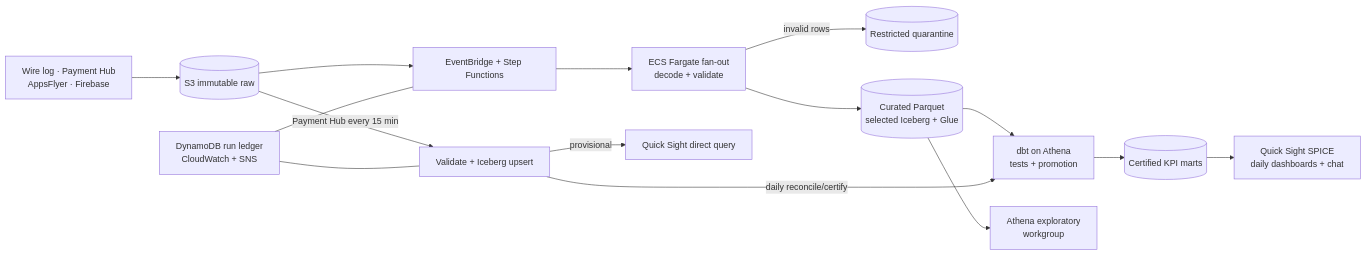
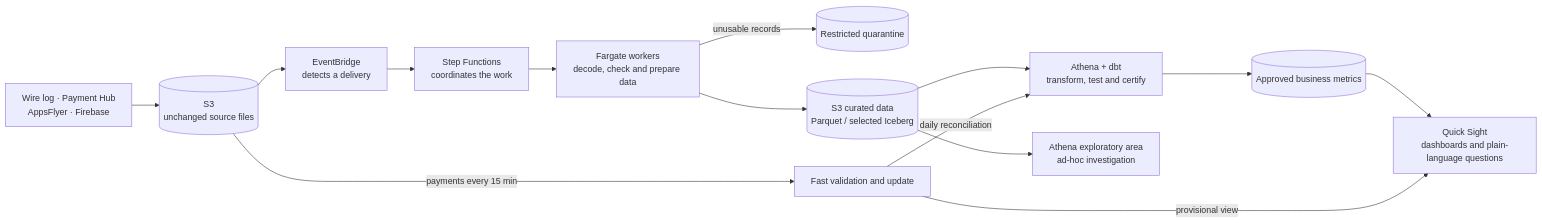
One commit to ouverz/game_analytics changed the diagram in docs/architecture_proposal.md. Above: the diagram before and after it, drawn with Mermaid. The commit also changed other lines of this file, not shown here.

Commit message:
Make architecture proposal accessible

````diff
--- a/docs/architecture_proposal.md
+++ b/docs/architecture_proposal.md
@@ -11,17 +12,16 @@
 ```mermaid
 flowchart LR
-    S[Wire log · Payment Hub<br/>AppsFlyer · Firebase] --> R[(S3 immutable raw)]
-    R --> O[EventBridge + Step Functions]
-    O --> F[ECS Fargate fan-out<br/>decode + validate]
-    F -->|invalid rows| Q[(Restricted quarantine)]
-    F --> C[(Curated Parquet<br/>selected Iceberg + Glue)]
-    C --> D[dbt on Athena<br/>tests + promotion]
-    D --> G[(Certified KPI marts)]
-    G --> K[Quick Sight SPICE<br/>daily dashboards + chat]
-    C --> E[Athena exploratory<br/>workgroup]
-    R -->|Payment Hub every 15 min| P[Validate + Iceberg upsert]
-    P -->|provisional| L[Quick Sight direct query]
-    P -->|daily reconcile/certify| D
-    M[DynamoDB run ledger<br/>CloudWatch + SNS] --- O
-    M --- P
+    S[Wire log · Payment Hub<br/>AppsFlyer · Firebase] --> R[(S3<br/>unchanged source files)]
+    R --> T[EventBridge<br/>detects a delivery]
+    T --> W[Step Functions<br/>coordinates the work]
+    W --> F[Fargate workers<br/>decode, check and prepare data]
+    F -->|unusable records| Q[(Restricted quarantine)]
+    F --> C[(S3 curated data<br/>Parquet / selected Iceberg)]
+    C --> A[Athena + dbt<br/>transform, test and certify]
+    A --> G[(Approved business metrics)]
+    G --> D[Quick Sight<br/>dashboards and plain-language questions]
+    C --> E[Athena exploratory area<br/>ad-hoc investigation]
+    R -->|payments every 15 min| P[Fast validation and update]
+    P -->|provisional view| D
+    P -->|daily reconciliation| A
 ```
````
